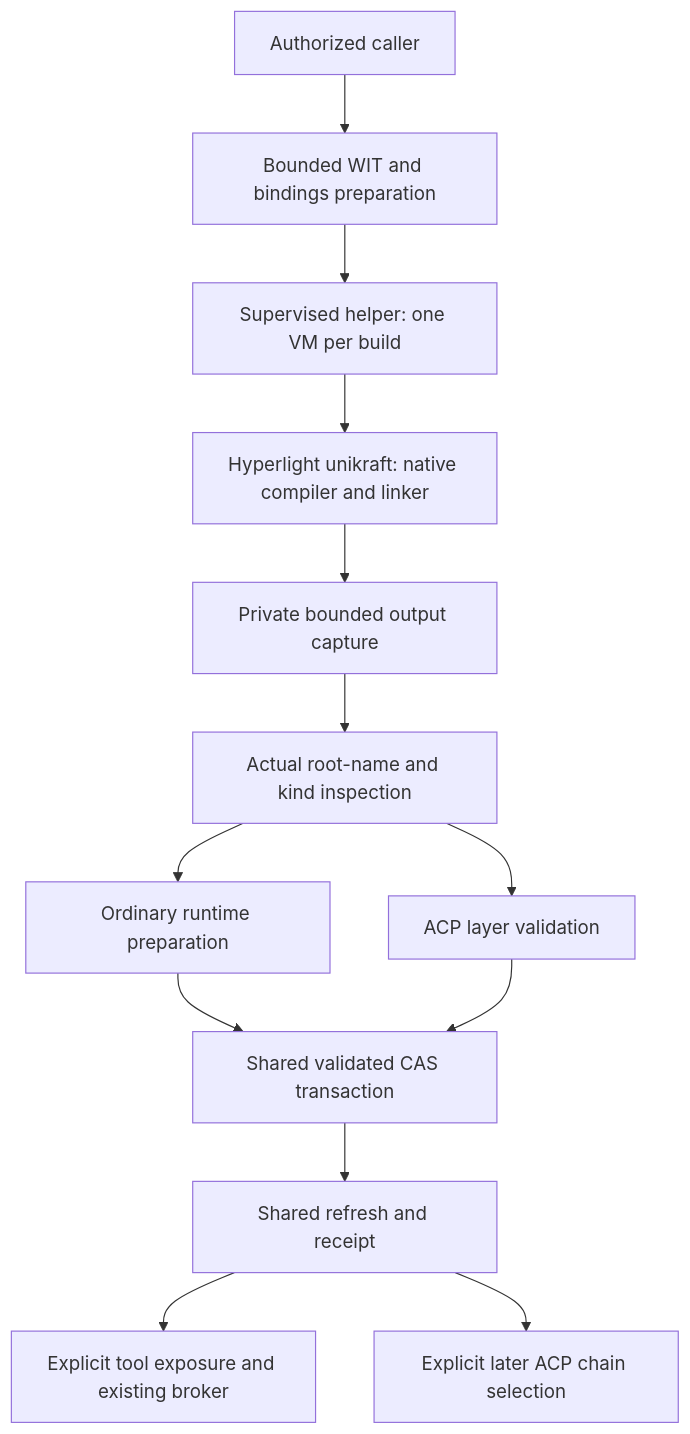
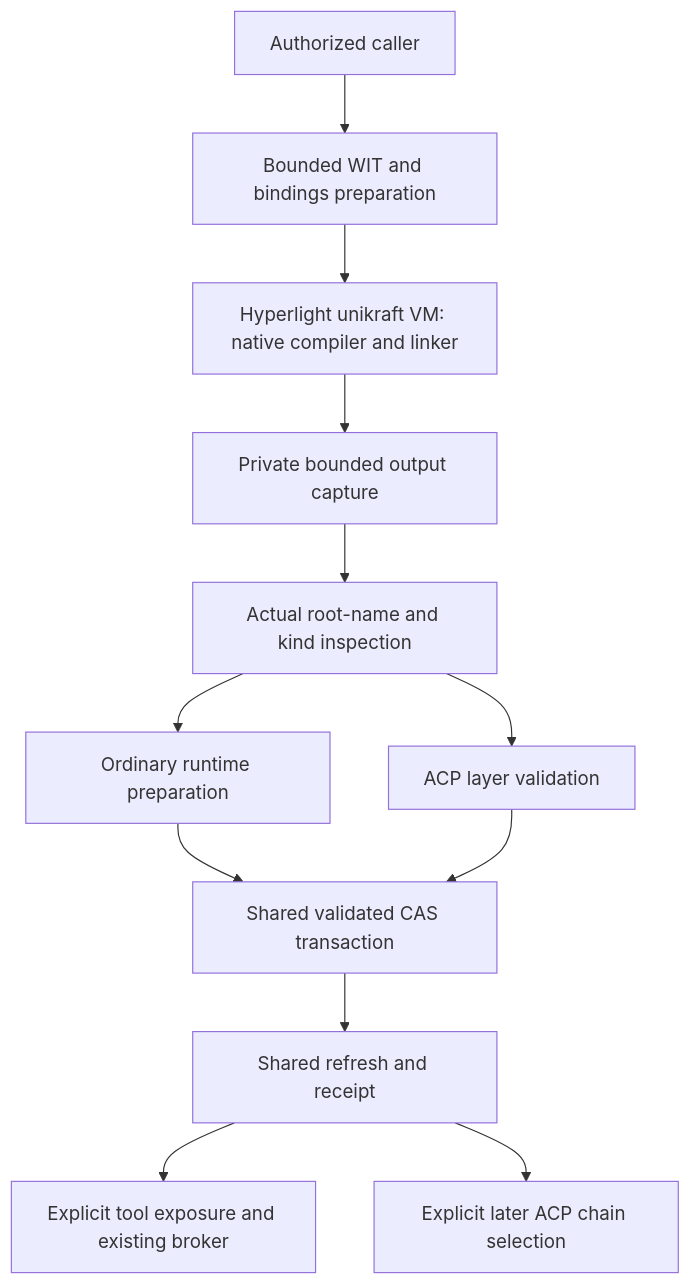
The diagram in docs/design/component-generation-sandbox.md (microsoft/wassette), drawn with Mermaid before and after one commit. The commit also changed other lines of this file and 47 other files, not shown here.

Commit message:
Build components inside wassette without a helper or profile

````diff
--- a/docs/design/component-generation-sandbox.md
+++ b/docs/design/component-generation-sandbox.md
@@ -124,15 +132,14 @@
 ```mermaid
 flowchart TD
     Caller["Authorized caller"] --> Host["Bounded WIT and bindings preparation"]
-    Host --> Helper["Supervised helper: one VM per build"]
-    Helper --> VM["Hyperlight unikraft: native compiler and linker"]
+    Host --> VM["Hyperlight unikraft VM: native compiler and linker"]
     VM --> Capture["Private bounded output capture"]
     Capture --> Inspect["Actual root-name and kind inspection"]
     Inspect --> Tool["Ordinary runtime preparation"]
     Inspect --> Layer["ACP layer validation"]
     Tool --> Store["Shared validated CAS transaction"]
     Layer --> Store
     Store --> Refresh["Shared refresh and receipt"]
     Refresh --> Broker["Explicit tool exposure and existing broker"]
     Refresh --> Selection["Explicit later ACP chain selection"]
 ```
````
